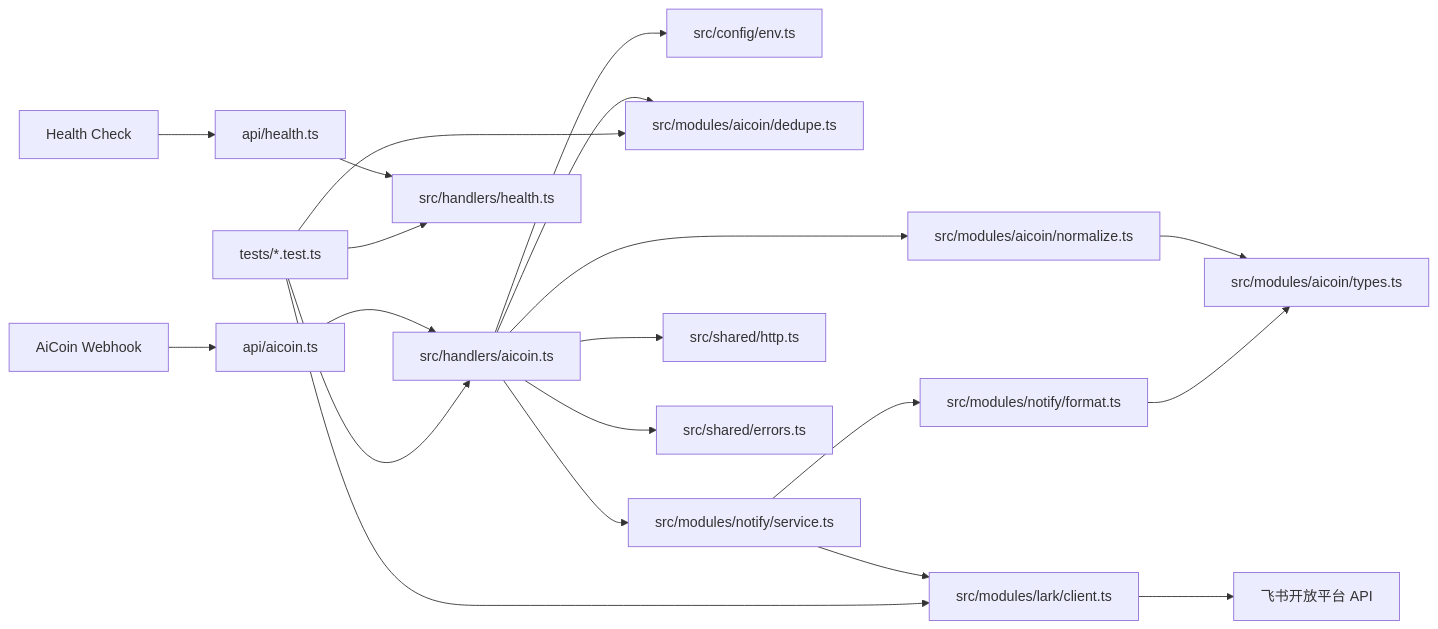
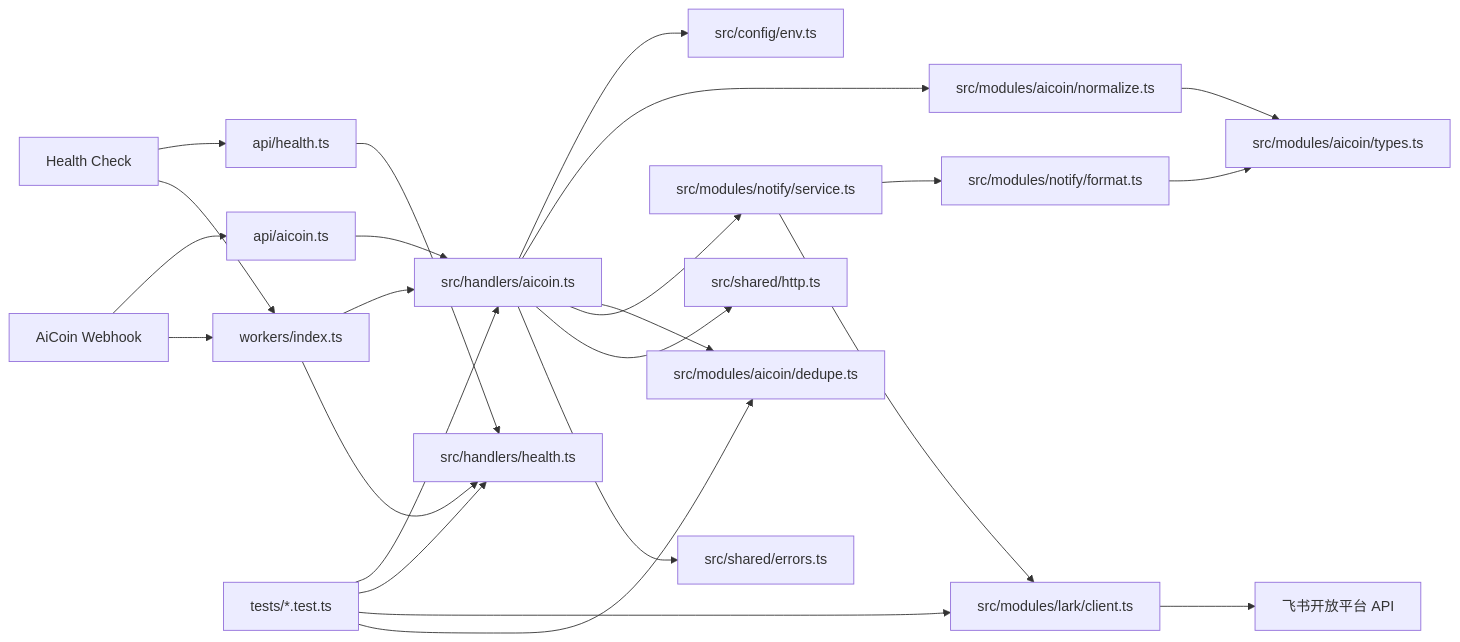
The first of 2 diagrams in README.md (fachebot/aicoin-lark-webhook), drawn with Mermaid before and after one commit. The commit also changed other lines of this file and 11 other files, not shown here.

````diff
--- a/README.md
+++ b/README.md
@@ -15,27 +15,31 @@
 ```mermaid
 flowchart LR
     AiCoin[AiCoin Webhook] --> ApiAicoin[api/aicoin.ts]
+  AiCoin --> WorkerEntry[workers/index.ts]
     HealthCheck[Health Check] --> ApiHealth[api/health.ts]
+  HealthCheck --> WorkerEntry
 
     ApiAicoin --> HandlerAicoin[src/handlers/aicoin.ts]
     ApiHealth --> HandlerHealth[src/handlers/health.ts]
+  WorkerEntry --> HandlerAicoin
+  WorkerEntry --> HandlerHealth
 
     HandlerAicoin --> Config[src/config/env.ts]
     HandlerAicoin --> Normalize[src/modules/aicoin/normalize.ts]
     HandlerAicoin --> Dedupe[src/modules/aicoin/dedupe.ts]
     HandlerAicoin --> Notify[src/modules/notify/service.ts]
     HandlerAicoin --> HttpShared[src/shared/http.ts]
     HandlerAicoin --> ErrorShared[src/shared/errors.ts]
 
     Notify --> Format[src/modules/notify/format.ts]
     Notify --> LarkClient[src/modules/lark/client.ts]
 
     Normalize --> AicoinTypes[src/modules/aicoin/types.ts]
     Format --> AicoinTypes
     LarkClient --> Feishu[飞书开放平台 API]
 
     Tests[tests/*.test.ts] --> HandlerAicoin
     Tests --> HandlerHealth
     Tests --> LarkClient
     Tests --> Dedupe
 ```
````
